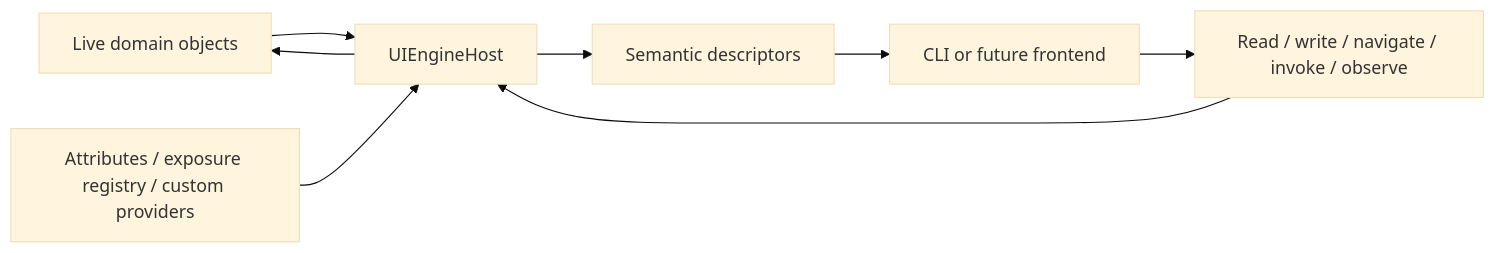
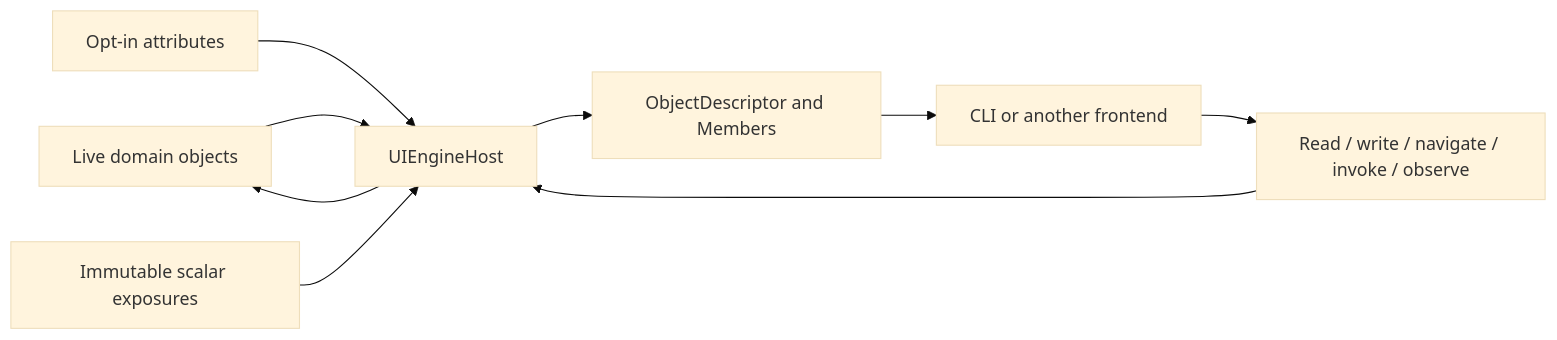
One commit to Quantumzhao/UIEngine changed the diagram in docs/architecture.md. Above: the diagram before and after it, drawn with Mermaid (base theme). The commit also changed other lines of this file and 103 other files, not shown here.

````diff
--- a/docs/architecture.md
+++ b/docs/architecture.md
@@ -14,10 +6,11 @@
 ```mermaid
 flowchart LR
     Domain[Live domain objects] --> Host[UIEngineHost]
-    Exposure[Attributes / exposure registry / custom providers] --> Host
-    Host --> Descriptors[Semantic descriptors]
-    Descriptors --> Frontend[CLI or future frontend]
+    Attributes[Opt-in attributes] --> Host
+    Exposure[Immutable scalar exposures] --> Host
+    Host --> Descriptor[ObjectDescriptor and Members]
+    Descriptor --> Frontend[CLI or another frontend]
     Frontend --> Operations[Read / write / navigate / invoke / observe]
     Operations --> Host
     Host --> Domain
 ```
````
